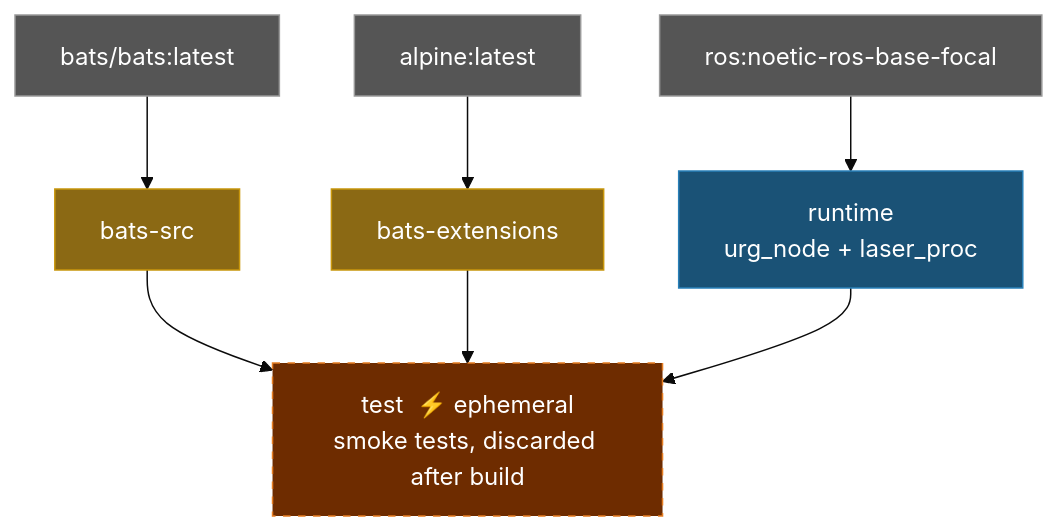
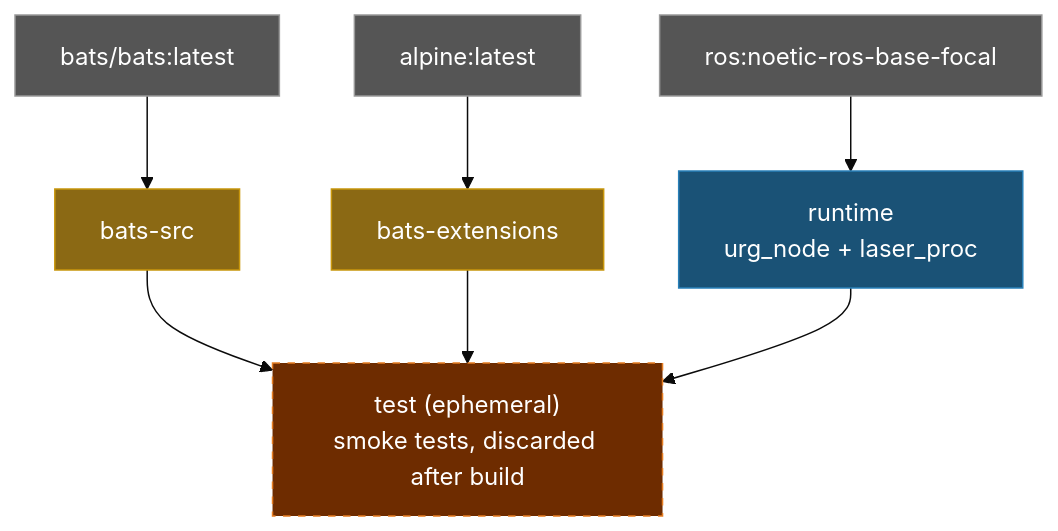
One commit to ycpss91255-docker/urg_node_noetic changed the diagram in README.md. Above: the diagram before and after it, drawn with Mermaid (base theme). The commit also changed 3 other files, not shown here.

Commit message:
docs: remove ⚡ emoji and translate ephemeral in architecture diagrams

````diff
--- a/README.md
+++ b/README.md
@@ -84,20 +84,20 @@
 ```mermaid
 graph TD
     EXT1["bats/bats:latest"]:::external
     EXT2["alpine:latest"]:::external
     EXT3["ros:noetic-ros-base-focal"]:::external
 
     EXT1 --> bats-src["bats-src"]:::tool
     EXT2 --> bats-ext["bats-extensions"]:::tool
 
     EXT3 --> runtime["runtime\nurg_node + laser_proc"]:::stage
 
-    bats-src --> test["test  ⚡ ephemeral\nsmoke tests, discarded after build"]:::ephemeral
+    bats-src --> test["test (ephemeral)\nsmoke tests, discarded after build"]:::ephemeral
     bats-ext --> test
     runtime --> test
 
     classDef external fill:#555,color:#fff,stroke:#999
     classDef tool fill:#8B6914,color:#fff,stroke:#c8960c
     classDef stage fill:#1a5276,color:#fff,stroke:#2980b9
     classDef ephemeral fill:#6e2c00,color:#fff,stroke:#e67e22,stroke-dasharray:5 5
 ```
````
